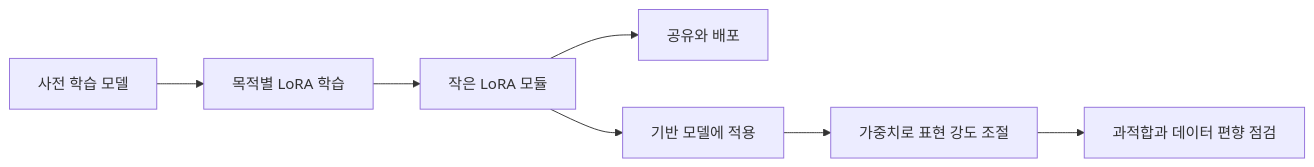
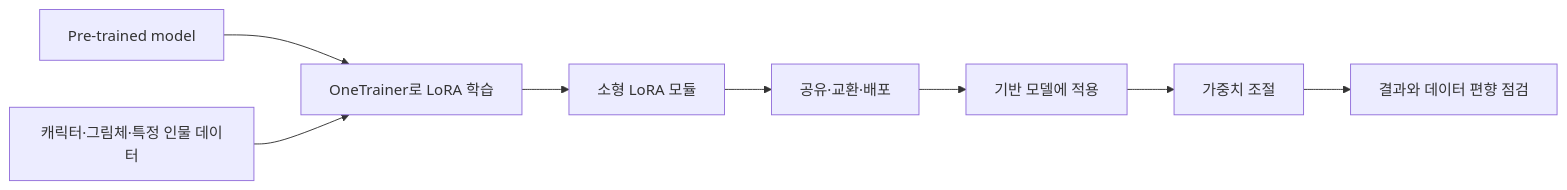
The diagram in ComputerScience/03_ai-ml-data/generative-ai-fine-tuning/notes/40. LoRA와 파라미터 효율 미세조정.md (umyunsang/edu), drawn with Mermaid before and after one commit. The commit also changed other lines of this file and 5 other files, not shown here.

````diff
--- a/ComputerScience/03_ai-ml-data/generative-ai-fine-tuning/notes/40. LoRA와 파라미터 효율 미세조정.md
+++ b/ComputerScience/03_ai-ml-data/generative-ai-fine-tuning/notes/40. LoRA와 파라미터 효율 미세조정.md
@@ -29,9 +38,10 @@
 ```mermaid
 flowchart LR
-    P["사전 학습 모델"] --> T["목적별 LoRA 학습"]
-    T --> M["작은 LoRA 모듈"]
-    M --> D["공유와 배포"]
-    M --> A["기반 모델에 적용"]
-    A --> W["가중치로 표현 강도 조절"]
-    W --> R["과적합과 데이터 편향 점검"]
+    P["Pre-trained model"] --> T["OneTrainer로 LoRA 학습"]
+    D["캐릭터·그림체·특정 인물 데이터"] --> T
+    T --> M["소형 LoRA 모듈"]
+    M --> S["공유·교환·배포"]
+    S --> A["기반 모델에 적용"]
+    A --> W["가중치 조절"]
+    W --> R["결과와 데이터 편향 점검"]
 ```
````
